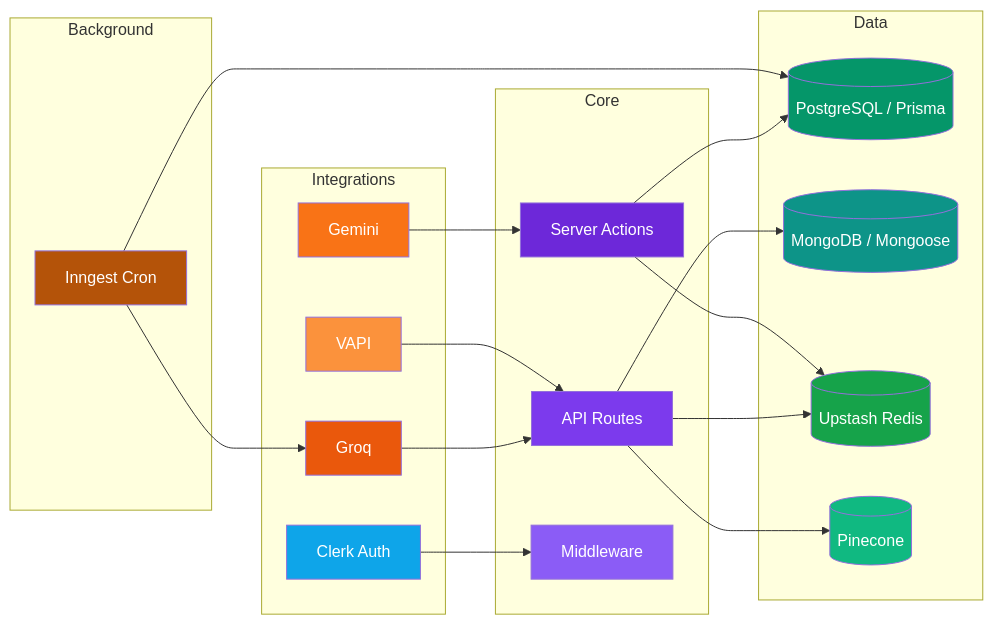
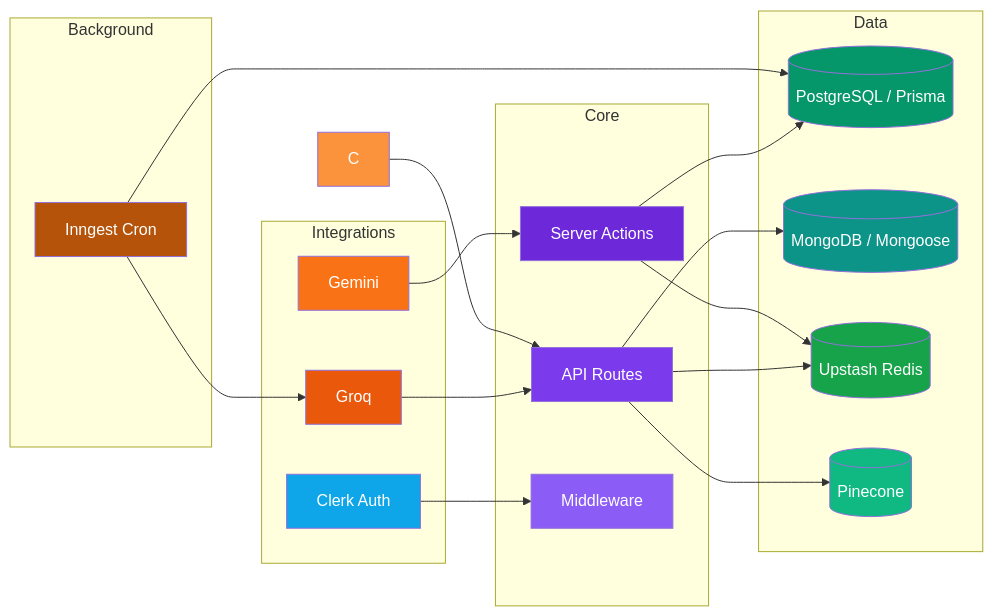
One commit to Nikita-Saxena391/PrepX changed the second of 4 diagrams in README.md. Above: the diagram before and after it, drawn with Mermaid.

````diff
--- a/README.md
+++ b/README.md
@@ -170,65 +170,64 @@
 ```mermaid
 flowchart LR
 
 %% ========== INTEGRATIONS ==========
 subgraph Integrations
 A[Groq]
 B[Gemini]
-C[VAPI]
 D[Clerk Auth]
 end
 
 %% ========== CORE ==========
 subgraph Core
 E[API Routes]
 F[Server Actions]
 G[Middleware]
 end
 
 %% ========== DATA ==========
 subgraph Data
 H[(PostgreSQL / Prisma)]
 I[(MongoDB / Mongoose)]
 J[(Upstash Redis)]
 K[(Pinecone)]
 end
 
 %% ========== BACKGROUND ==========
 subgraph Background
 L[Inngest Cron]
 end
 
 %% ========== CONNECTIONS ==========
 A --> E
 B --> F
 C --> E
 
 D --> G
 
 E --> I
 E --> J
 E --> K
 
 F --> H
 F --> J
 
 L --> H
 L --> A
 
 %% ========== STYLING ==========
 style A fill:#ea580c,color:#fff
 style B fill:#f97316,color:#fff
 style C fill:#fb923c,color:#fff
 style D fill:#0ea5e9,color:#fff
 
 style E fill:#7c3aed,color:#fff
 style F fill:#6d28d9,color:#fff
 style G fill:#8b5cf6,color:#fff
 
 style H fill:#059669,color:#fff
 style I fill:#0d9488,color:#fff
 style J fill:#16a34a,color:#fff
 style K fill:#10b981,color:#fff
 
 style L fill:#b45309,color:#fff
 ```
````
